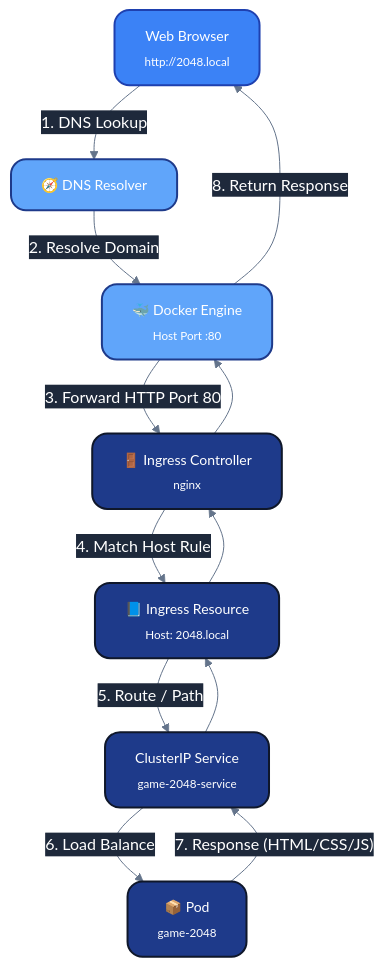
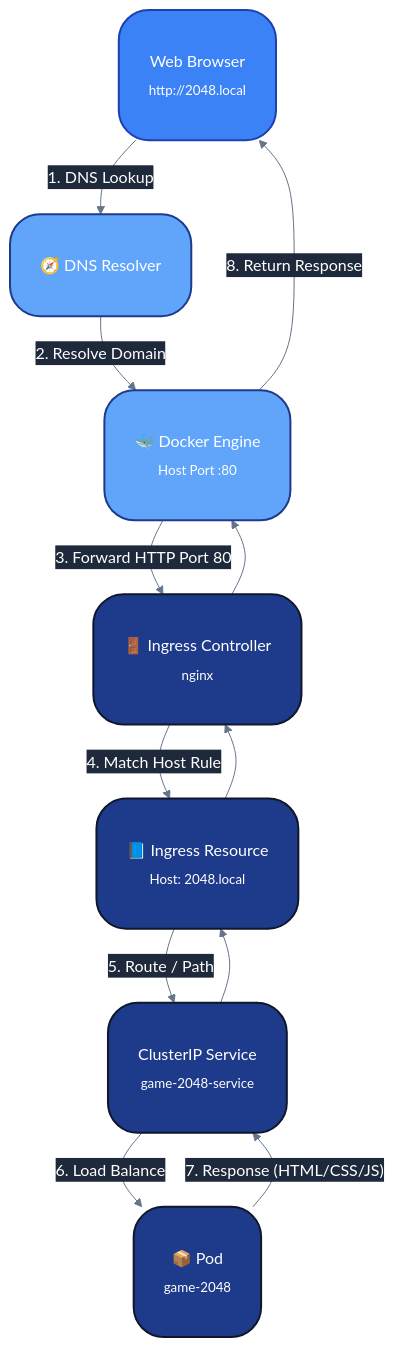
One commit to kadirariklar/game-2048-for-k8s changed the second of 2 diagrams in README.md. Above: the diagram before and after it, drawn with Mermaid.

Commit message:
Edited README.md file.

````diff
--- a/README.md
+++ b/README.md
@@ -562,43 +562,44 @@
 ```mermaid
 %%{init: {
   "theme": "base",
   "themeVariables": {
     "primaryColor": "#2563EB",
     "primaryTextColor": "#FFFFFF",
     "primaryBorderColor": "#1E40AF",
     "clusterBkg": "#0F172A",
     "clusterBorder": "#1E293B",
     "edgeLabelBackground": "#1E293B",
     "lineColor": "#64748B",
     "fontFamily": "Inter, sans-serif"
   }
 }}%%
 flowchart TD
     Browser["Web Browser<br><sub>http://2048.local</sub>"]:::client
     DNS["🧭 DNS Resolver"]:::infra
     Docker["🐳 Docker Engine<br><sub>Host Port :80</sub>"]:::infra
     Ingress["🚪 Ingress Controller<br><sub>nginx</sub>"]:::k8s
     Rule["📘 Ingress Resource<br><sub>Host: 2048.local</sub>"]:::k8s
     Service["ClusterIP Service<br><sub>game-2048-service</sub>"]:::k8s
     Pod["📦 Pod<br><sub>game-2048</sub>"]:::k8s
 
     %% Vertical flow
     Browser -->|"1. DNS Lookup"| DNS
     DNS -->|"2. Resolve Domain"| Docker
     Docker -->|"3. Forward HTTP Port 80"| Ingress
     Ingress -->|"4. Match Host Rule"| Rule
     Rule -->|"5. Route / Path"| Service
     Service -->|"6. Load Balance"| Pod
     Pod -->|"7. Response (HTML/CSS/JS)"| Service
     Service --> Rule
     Rule --> Ingress
     Ingress --> Docker
     Docker -->|"8. Return Response"| Browser
 
     %% Style
-    classDef client fill:#3B82F6,stroke:#1E40AF,color:#FFFFFF,rx:15,ry:15,stroke-width:2px,font-size:14px;
-    classDef infra fill:#60A5FA,stroke:#1E3A8A,color:#FFFFFF,rx:15,ry:15,stroke-width:2px,font-size:14px;
-    classDef k8s fill:#1E3A8A,stroke:#0F172A,color:#FFFFFF,rx:15,ry:15,stroke-width:2px,font-size:14px;
+    classDef client fill:#3B82F6,stroke:#1E40AF,color:#FFFFFF,rx:30,ry:30,stroke-width:2px,padding:60px;
+    classDef infra fill:#60A5FA,stroke:#1E3A8A,color:#FFFFFF,rx:30,ry:30,stroke-width:2px,padding:60px;
+    classDef k8s fill:#1E3A8A,stroke:#0F172A,color:#FFFFFF,rx:30,ry:30,stroke-width:2px,padding:60px;
+
 
 
 ```
````
